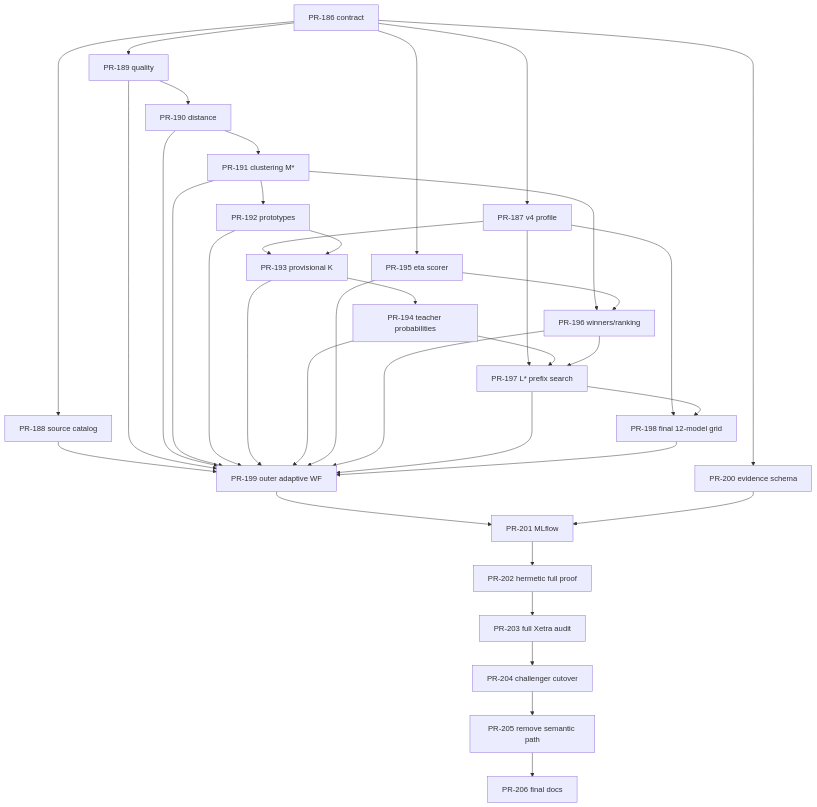
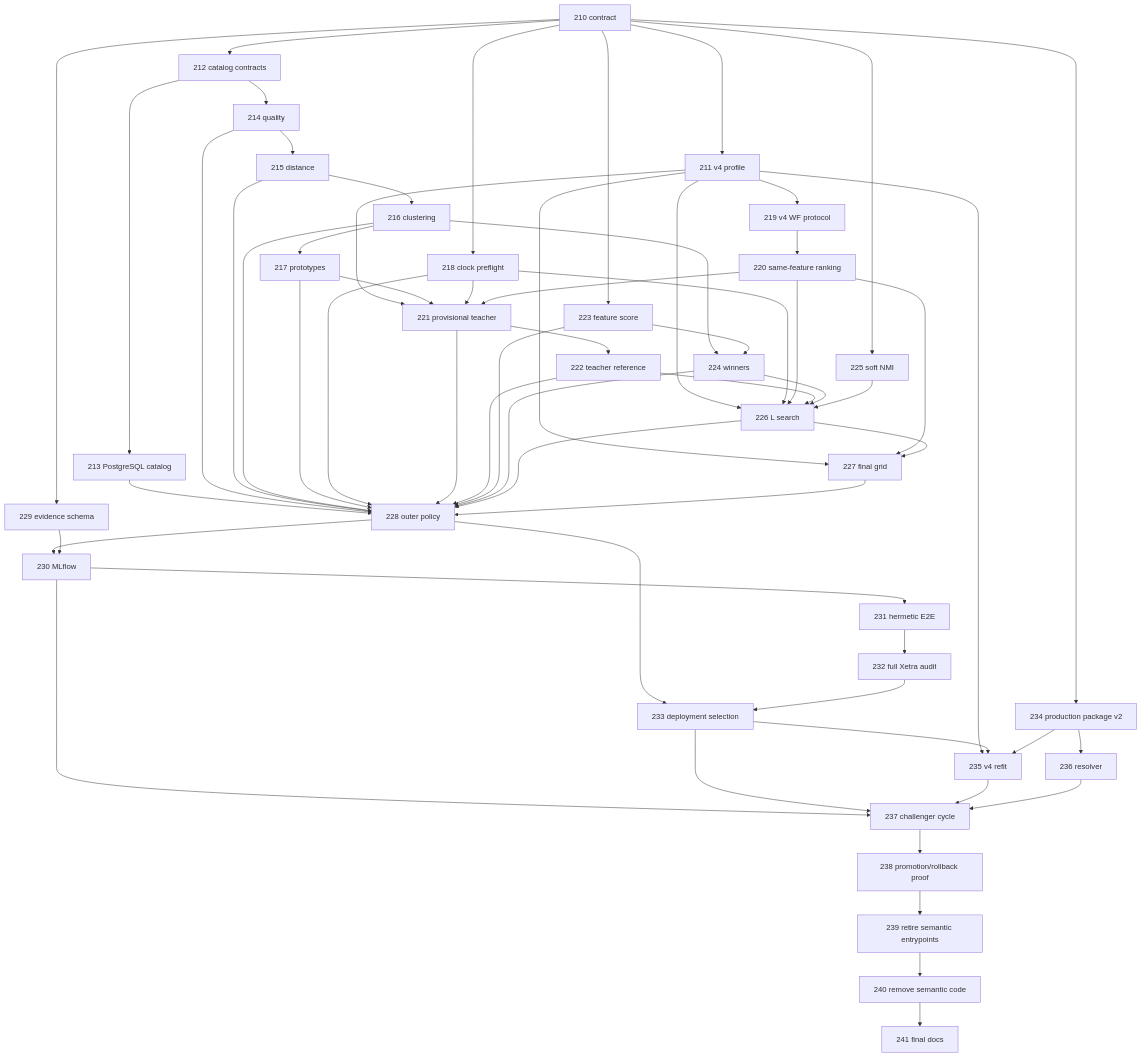
Before and after one commit to SergejSchweizer/regime-engine: the second of 2 diagrams in BACKLOG.md, drawn with Mermaid. The commit also changed other lines of this file, not shown here.

````diff
--- a/BACKLOG.md
+++ b/BACKLOG.md
@@ -788,48 +1074,73 @@
 ```mermaid
 flowchart TD
-    P186[PR-186 contract]
+    P210[210 contract]
+    P210 --> P211[211 v4 profile]
+    P210 --> P212[212 catalog contracts]
+    P210 --> P218[218 clock preflight]
+    P210 --> P223[223 feature score]
+    P210 --> P225[225 soft NMI]
+    P210 --> P229[229 evidence schema]
+    P210 --> P234[234 production package v2]
 
-    P186 --> P187[PR-187 v4 profile]
-    P186 --> P188[PR-188 source catalog]
-    P186 --> P189[PR-189 quality]
-    P186 --> P195[PR-195 eta scorer]
-    P186 --> P200[PR-200 evidence schema]
+    P212 --> P213[213 PostgreSQL catalog]
+    P212 --> P214[214 quality]
+    P214 --> P215[215 distance]
+    P215 --> P216[216 clustering]
+    P216 --> P217[217 prototypes]
 
-    P189 --> P190[PR-190 distance]
-    P190 --> P191[PR-191 clustering M*]
-    P191 --> P192[PR-192 prototypes]
+    P211 --> P219[219 v4 WF protocol]
+    P219 --> P220[220 same-feature ranking]
+    P211 --> P221[221 provisional teacher]
+    P217 --> P221
+    P218 --> P221
+    P220 --> P221
+    P221 --> P222[222 teacher reference]
 
-    P187 --> P193[PR-193 provisional K]
-    P192 --> P193
-    P193 --> P194[PR-194 teacher probabilities]
+    P216 --> P224[224 winners]
+    P223 --> P224
 
-    P191 --> P196[PR-196 winners/ranking]
-    P195 --> P196
+    P211 --> P226[226 L search]
+    P218 --> P226
+    P220 --> P226
+    P222 --> P226
+    P224 --> P226
+    P225 --> P226
 
-    P187 --> P197[PR-197 L* prefix search]
-    P194 --> P197
-    P196 --> P197
+    P211 --> P227[227 final grid]
+    P220 --> P227
+    P226 --> P227
 
-    P187 --> P198[PR-198 final 12-model grid]
-    P197 --> P198
+    P213 --> P228[228 outer policy]
+    P214 --> P228
+    P215 --> P228
+    P216 --> P228
+    P217 --> P228
+    P218 --> P228
+    P221 --> P228
+    P222 --> P228
+    P223 --> P228
+    P224 --> P228
+    P226 --> P228
+    P227 --> P228
 
-    P188 --> P199[PR-199 outer adaptive WF]
-    P189 --> P199
-    P190 --> P199
-    P191 --> P199
-    P192 --> P199
-    P193 --> P199
-    P194 --> P199
-    P195 --> P199
-    P196 --> P199
-    P197 --> P199
-    P198 --> P199
+    P228 --> P230[230 MLflow]
+    P229 --> P230
+    P230 --> P231[231 hermetic E2E]
+    P231 --> P232[232 full Xetra audit]
 
-    P199 --> P201[PR-201 MLflow]
-    P200 --> P201
-    P201 --> P202[PR-202 hermetic full proof]
-    P202 --> P203[PR-203 full Xetra audit]
-    P203 --> P204[PR-204 challenger cutover]
-    P204 --> P205[PR-205 remove semantic path]
-    P205 --> P206[PR-206 final docs]
+    P228 --> P233[233 deployment selection]
+    P232 --> P233
+    P211 --> P235[235 v4 refit]
+    P233 --> P235
+    P234 --> P235
+
+    P234 --> P236[236 resolver]
+    P230 --> P237[237 challenger cycle]
+    P233 --> P237
+    P235 --> P237
+    P236 --> P237
+    P237 --> P238[238 promotion/rollback proof]
+    P238 --> P239[239 retire semantic entrypoints]
+    P239 --> P240[240 remove semantic code]
+    P240 --> P241[241 final docs]
 ```
````
